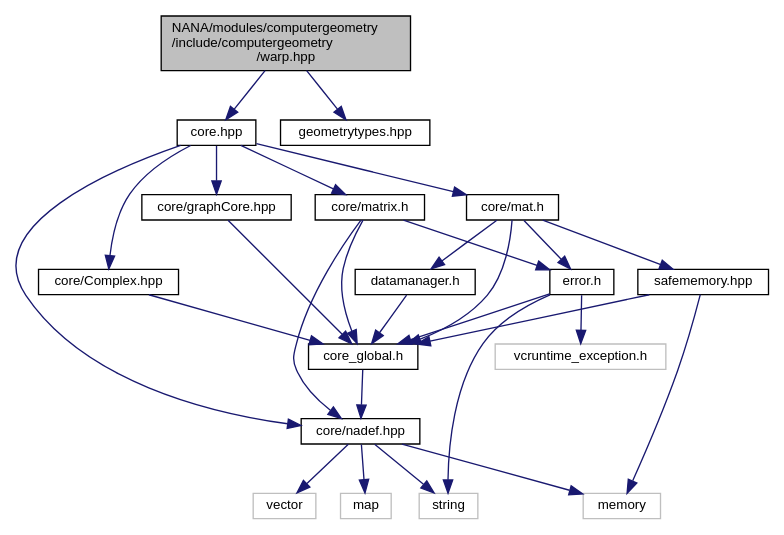
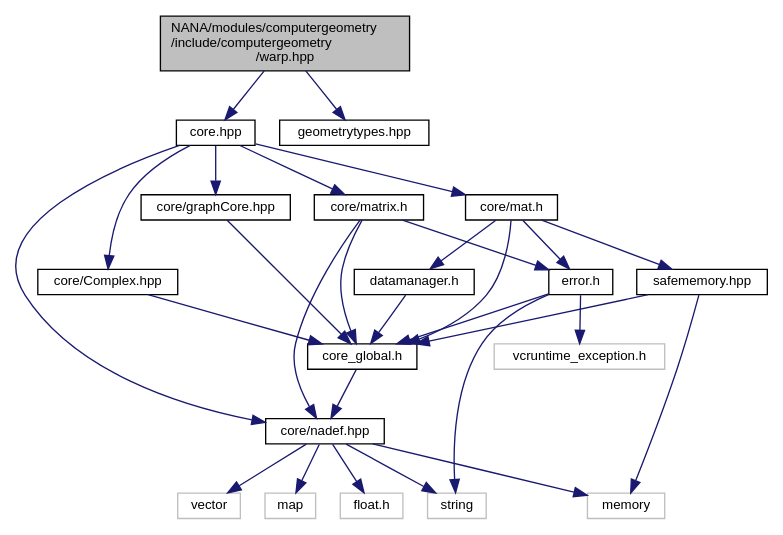
The diagram in docs/warp_8hpp__incl.dot (YuruTu/NANA), drawn with Graphviz before and after one commit. The commit also changed 91 other files, not shown here.

```diff
--- a/docs/warp_8hpp__incl.dot
+++ b/docs/warp_8hpp__incl.dot
@@ -1,50 +1,52 @@
 digraph "NANA/modules/computergeometry/include/computergeometry/warp.hpp"
 {
  // LATEX_PDF_SIZE
   edge [fontname="Helvetica",fontsize="10",labelfontname="Helvetica",labelfontsize="10"];
   node [fontname="Helvetica",fontsize="10",shape=record];
   Node1 [label="NANA/modules/computergeometry\l/include/computergeometry\l/warp.hpp",height=0.2,width=0.4,color="black", fillcolor="grey75", style="filled", fontcolor="black",tooltip="实现点集的仿射变换和透视变换"];
   Node1 -> Node2 [color="midnightblue",fontsize="10",style="solid",fontname="Helvetica"];
   Node2 [label="core.hpp",height=0.2,width=0.4,color="black", fillcolor="white", style="filled",URL="$core_8hpp.html",tooltip="包含基本的数据结构等"];
   Node2 -> Node3 [color="midnightblue",fontsize="10",style="solid",fontname="Helvetica"];
   Node3 [label="core/nadef.hpp",height=0.2,width=0.4,color="black", fillcolor="white", style="filled",URL="$nadef_8hpp_source.html",tooltip=" "];
   Node3 -> Node4 [color="midnightblue",fontsize="10",style="solid",fontname="Helvetica"];
   Node4 [label="vector",height=0.2,width=0.4,color="grey75", fillcolor="white", style="filled",tooltip=" "];
   Node3 -> Node5 [color="midnightblue",fontsize="10",style="solid",fontname="Helvetica"];
   Node5 [label="string",height=0.2,width=0.4,color="grey75", fillcolor="white", style="filled",tooltip=" "];
   Node3 -> Node6 [color="midnightblue",fontsize="10",style="solid",fontname="Helvetica"];
   Node6 [label="map",height=0.2,width=0.4,color="grey75", fillcolor="white", style="filled",tooltip=" "];
   Node3 -> Node7 [color="midnightblue",fontsize="10",style="solid",fontname="Helvetica"];
   Node7 [label="memory",height=0.2,width=0.4,color="grey75", fillcolor="white", style="filled",tooltip=" "];
-  Node2 -> Node8 [color="midnightblue",fontsize="10",style="solid",fontname="Helvetica"];
-  Node8 [label="core/Complex.hpp",height=0.2,width=0.4,color="black", fillcolor="white", style="filled",URL="$_complex_8hpp.html",tooltip="实现复数"];
-  Node8 -> Node9 [color="midnightblue",fontsize="10",style="solid",fontname="Helvetica"];
-  Node9 [label="core_global.h",height=0.2,width=0.4,color="black", fillcolor="white", style="filled",URL="$core__global_8h.html",tooltip="全局头文件"];
-  Node9 -> Node3 [color="midnightblue",fontsize="10",style="solid",fontname="Helvetica"];
-  Node2 -> Node10 [color="midnightblue",fontsize="10",style="solid",fontname="Helvetica"];
-  Node10 [label="core/graphCore.hpp",height=0.2,width=0.4,color="black", fillcolor="white", style="filled",URL="$graph_core_8hpp.html",tooltip="为图论算法实现的基本数据结构"];
-  Node10 -> Node9 [color="midnightblue",fontsize="10",style="solid",fontname="Helvetica"];
+  Node3 -> Node8 [color="midnightblue",fontsize="10",style="solid",fontname="Helvetica"];
+  Node8 [label="float.h",height=0.2,width=0.4,color="grey75", fillcolor="white", style="filled",tooltip=" "];
+  Node2 -> Node9 [color="midnightblue",fontsize="10",style="solid",fontname="Helvetica"];
+  Node9 [label="core/Complex.hpp",height=0.2,width=0.4,color="black", fillcolor="white", style="filled",URL="$_complex_8hpp.html",tooltip="实现复数"];
+  Node9 -> Node10 [color="midnightblue",fontsize="10",style="solid",fontname="Helvetica"];
+  Node10 [label="core_global.h",height=0.2,width=0.4,color="black", fillcolor="white", style="filled",URL="$core__global_8h.html",tooltip="全局头文件"];
+  Node10 -> Node3 [color="midnightblue",fontsize="10",style="solid",fontname="Helvetica"];
   Node2 -> Node11 [color="midnightblue",fontsize="10",style="solid",fontname="Helvetica"];
-  Node11 [label="core/matrix.h",height=0.2,width=0.4,color="black", fillcolor="white", style="filled",URL="$matrix_8h.html",tooltip="简单矩阵类(效率不高，但易于理解，很多时候会触发复制构造函数)，不同于Mat"];
-  Node11 -> Node9 [color="midnightblue",fontsize="10",style="solid",fontname="Helvetica"];
-  Node11 -> Node12 [color="midnightblue",fontsize="10",style="solid",fontname="Helvetica"];
-  Node12 [label="error.h",height=0.2,width=0.4,color="black", fillcolor="white", style="filled",URL="$error_8h.html",tooltip="用于抛出异常"];
-  Node12 -> Node9 [color="midnightblue",fontsize="10",style="solid",fontname="Helvetica"];
+  Node11 [label="core/graphCore.hpp",height=0.2,width=0.4,color="black", fillcolor="white", style="filled",URL="$graph_core_8hpp.html",tooltip="为图论算法实现的基本数据结构"];
+  Node11 -> Node10 [color="midnightblue",fontsize="10",style="solid",fontname="Helvetica"];
+  Node2 -> Node12 [color="midnightblue",fontsize="10",style="solid",fontname="Helvetica"];
+  Node12 [label="core/matrix.h",height=0.2,width=0.4,color="black", fillcolor="white", style="filled",URL="$matrix_8h.html",tooltip="简单矩阵类(效率不高，但易于理解，很多时候会触发复制构造函数)，不同于Mat"];
+  Node12 -> Node10 [color="midnightblue",fontsize="10",style="solid",fontname="Helvetica"];
   Node12 -> Node13 [color="midnightblue",fontsize="10",style="solid",fontname="Helvetica"];
-  Node13 [label="vcruntime_exception.h",height=0.2,width=0.4,color="grey75", fillcolor="white", style="filled",tooltip=" "];
-  Node12 -> Node5 [color="midnightblue",fontsize="10",style="solid",fontname="Helvetica"];
-  Node11 -> Node3 [color="midnightblue",fontsize="10",style="solid",fontname="Helvetica"];
-  Node2 -> Node14 [color="midnightblue",fontsize="10",style="solid",fontname="Helvetica"];
-  Node14 [label="core/mat.h",height=0.2,width=0.4,color="black", fillcolor="white", style="filled",URL="$mat_8h.html",tooltip="实现一个用于矩阵运算的模板类(仍在实现当中)"];
-  Node14 -> Node9 [color="midnightblue",fontsize="10",style="solid",fontname="Helvetica"];
-  Node14 -> Node12 [color="midnightblue",fontsize="10",style="solid",fontname="Helvetica"];
-  Node14 -> Node15 [color="midnightblue",fontsize="10",style="solid",fontname="Helvetica"];
-  Node15 [label="datamanager.h",height=0.2,width=0.4,color="black", fillcolor="white", style="filled",URL="$datamanager_8h.html",tooltip="实现一个数据管理器"];
-  Node15 -> Node9 [color="midnightblue",fontsize="10",style="solid",fontname="Helvetica"];
-  Node14 -> Node16 [color="midnightblue",fontsize="10",style="solid",fontname="Helvetica"];
-  Node16 [label="safememory.hpp",height=0.2,width=0.4,color="black", fillcolor="white", style="filled",URL="$safememory_8hpp.html",tooltip="实现安全的内存管理"];
-  Node16 -> Node9 [color="midnightblue",fontsize="10",style="solid",fontname="Helvetica"];
-  Node16 -> Node7 [color="midnightblue",fontsize="10",style="solid",fontname="Helvetica"];
-  Node1 -> Node17 [color="midnightblue",fontsize="10",style="solid",fontname="Helvetica"];
-  Node17 [label="geometrytypes.hpp",height=0.2,width=0.4,color="black", fillcolor="white", style="filled",URL="$geometrytypes_8hpp.html",tooltip="实现必须的几何类型"];
+  Node13 [label="error.h",height=0.2,width=0.4,color="black", fillcolor="white", style="filled",URL="$error_8h.html",tooltip="用于抛出异常，移植自OpenCV"];
+  Node13 -> Node10 [color="midnightblue",fontsize="10",style="solid",fontname="Helvetica"];
+  Node13 -> Node14 [color="midnightblue",fontsize="10",style="solid",fontname="Helvetica"];
+  Node14 [label="vcruntime_exception.h",height=0.2,width=0.4,color="grey75", fillcolor="white", style="filled",tooltip=" "];
+  Node13 -> Node5 [color="midnightblue",fontsize="10",style="solid",fontname="Helvetica"];
+  Node12 -> Node3 [color="midnightblue",fontsize="10",style="solid",fontname="Helvetica"];
+  Node2 -> Node15 [color="midnightblue",fontsize="10",style="solid",fontname="Helvetica"];
+  Node15 [label="core/mat.h",height=0.2,width=0.4,color="black", fillcolor="white", style="filled",URL="$mat_8h.html",tooltip="实现一个用于矩阵运算的模板类(仍在实现当中)"];
+  Node15 -> Node10 [color="midnightblue",fontsize="10",style="solid",fontname="Helvetica"];
+  Node15 -> Node13 [color="midnightblue",fontsize="10",style="solid",fontname="Helvetica"];
+  Node15 -> Node16 [color="midnightblue",fontsize="10",style="solid",fontname="Helvetica"];
+  Node16 [label="datamanager.h",height=0.2,width=0.4,color="black", fillcolor="white", style="filled",URL="$datamanager_8h.html",tooltip="实现一个数据管理器"];
+  Node16 -> Node10 [color="midnightblue",fontsize="10",style="solid",fontname="Helvetica"];
+  Node15 -> Node17 [color="midnightblue",fontsize="10",style="solid",fontname="Helvetica"];
+  Node17 [label="safememory.hpp",height=0.2,width=0.4,color="black", fillcolor="white", style="filled",URL="$safememory_8hpp.html",tooltip="实现安全的内存管理"];
+  Node17 -> Node10 [color="midnightblue",fontsize="10",style="solid",fontname="Helvetica"];
+  Node17 -> Node7 [color="midnightblue",fontsize="10",style="solid",fontname="Helvetica"];
+  Node1 -> Node18 [color="midnightblue",fontsize="10",style="solid",fontname="Helvetica"];
+  Node18 [label="geometrytypes.hpp",height=0.2,width=0.4,color="black", fillcolor="white", style="filled",URL="$geometrytypes_8hpp.html",tooltip="实现必须的几何类型"];
 }
```
